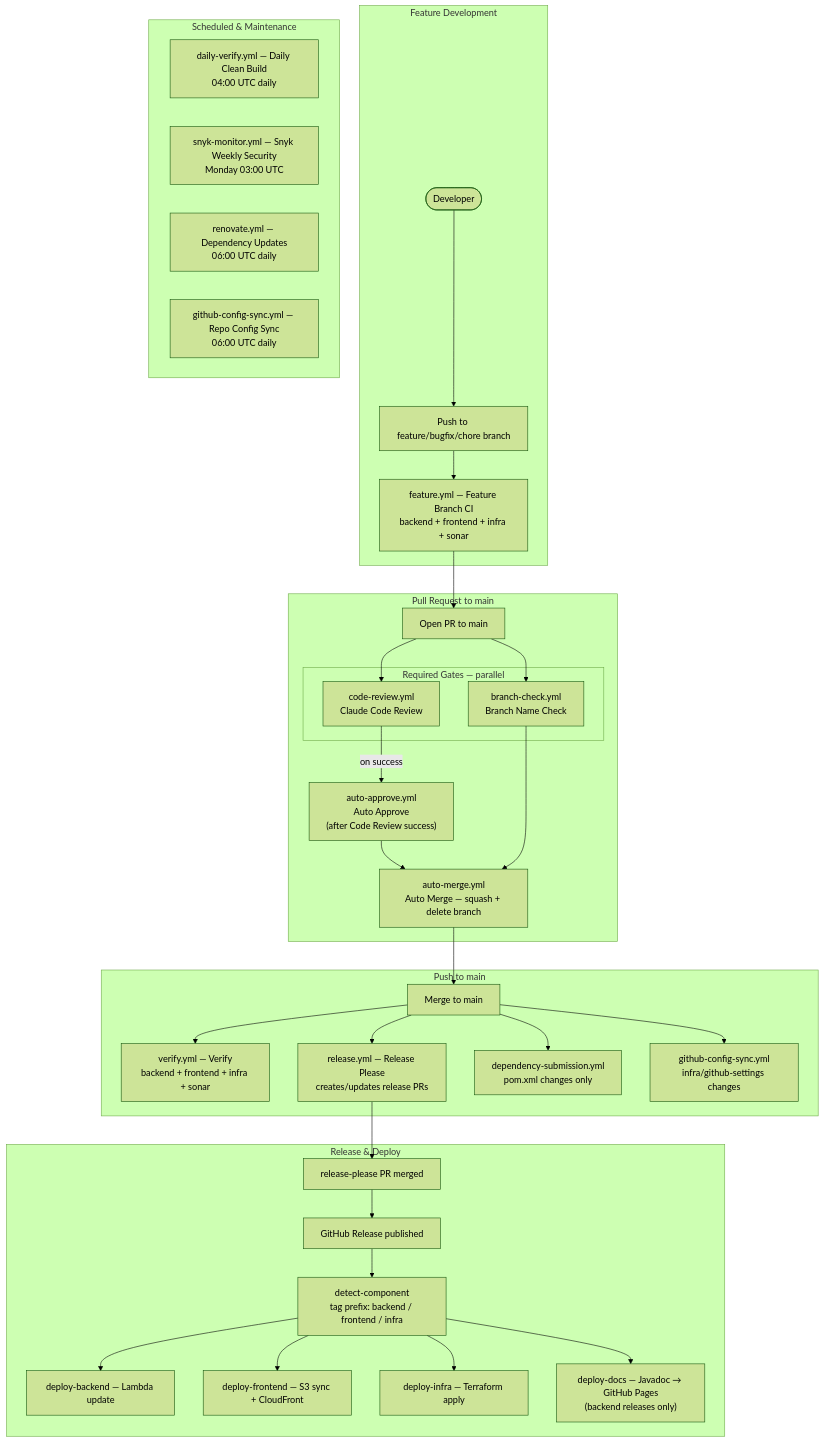
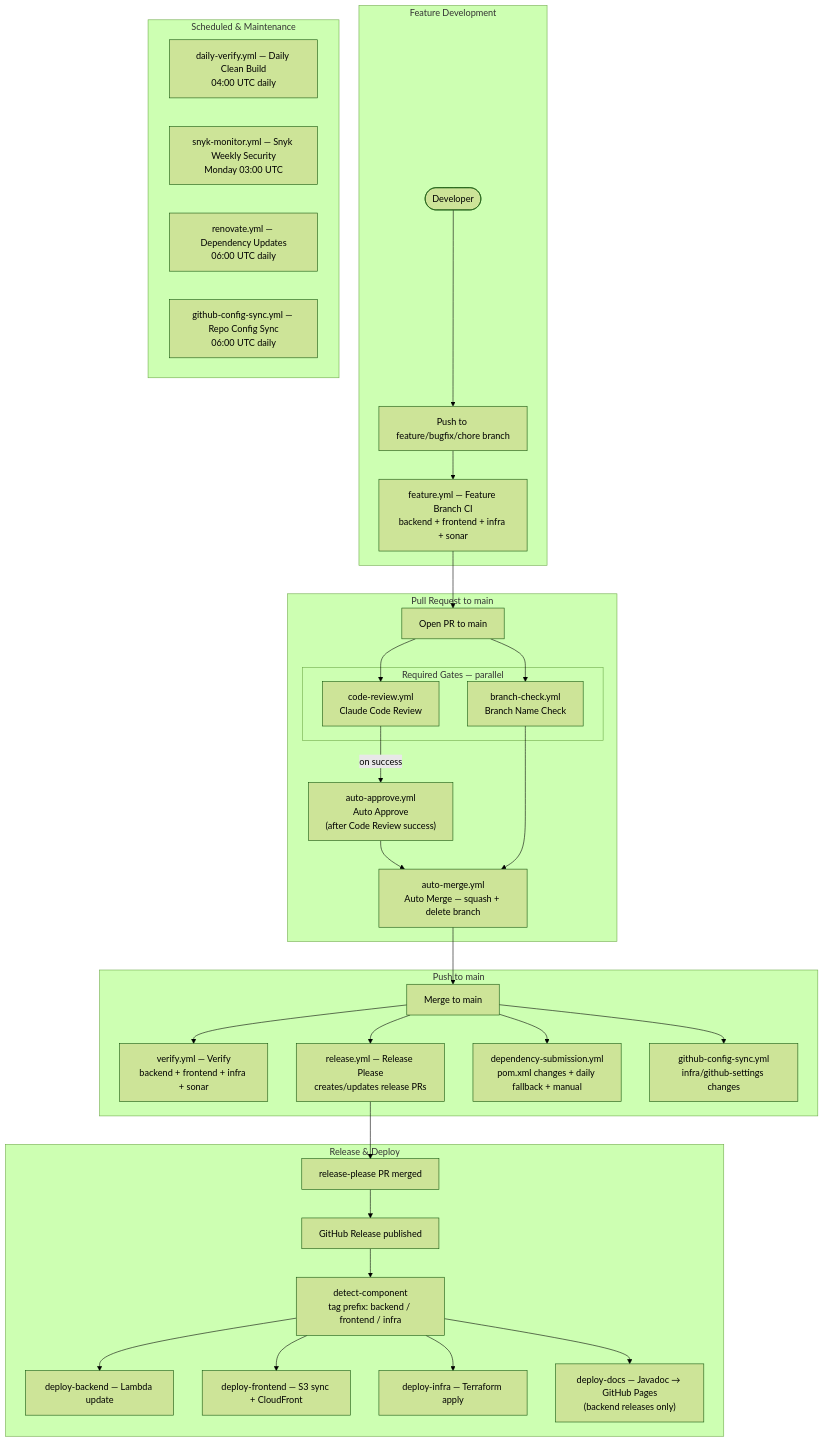
One commit to lucasrudi/mindtrack changed the diagram in docs/github-workflows.md. Above: the diagram before and after it, drawn with Mermaid (forest theme). The commit also changed other lines of this file and 2 other files, not shown here.

First line of the commit message:
ci(github): add fallback dependency submission triggers (#468)

````diff
--- a/docs/github-workflows.md
+++ b/docs/github-workflows.md
@@ -15,60 +15,60 @@
 ```mermaid
 flowchart TD
     DEV([Developer])
 
     subgraph "Feature Development"
         PUSH[Push to feature/bugfix/chore branch]
         FCI["feature.yml — Feature Branch CI\nbackend + frontend + infra + sonar"]
         DEV --> PUSH --> FCI
     end
 
     subgraph "Pull Request to main"
         PR[Open PR to main]
         FCI --> PR
 
         subgraph "Required Gates — parallel"
             BC["branch-check.yml\nBranch Name Check"]
             CR["code-review.yml\nClaude Code Review"]
         end
         PR --> BC & CR
 
         AA["auto-approve.yml\nAuto Approve\n(after Code Review success)"]
         AM["auto-merge.yml\nAuto Merge — squash + delete branch"]
 
         CR -- on success --> AA
         AA & BC --> AM
     end
 
     subgraph "Push to main"
         MAIN[Merge to main]
         AM --> MAIN
 
         VER["verify.yml — Verify\nbackend + frontend + infra + sonar"]
         REL["release.yml — Release Please\ncreates/updates release PRs"]
-        DS["dependency-submission.yml\npom.xml changes only"]
+        DS["dependency-submission.yml\npom.xml changes + daily fallback + manual"]
         GCS_PUSH["github-config-sync.yml\ninfra/github-settings changes"]
 
         MAIN --> VER & REL & DS & GCS_PUSH
     end
 
     subgraph "Release & Deploy"
         RPPR[release-please PR merged]
         RELEASE[GitHub Release published]
         REL --> RPPR --> RELEASE
 
         DC["detect-component\ntag prefix: backend / frontend / infra"]
         RELEASE --> DC
 
         DC --> DEB["deploy-backend — Lambda update"]
         DC --> DEF["deploy-frontend — S3 sync + CloudFront"]
         DC --> DEI["deploy-infra — Terraform apply"]
         DC --> DED["deploy-docs — Javadoc → GitHub Pages\n(backend releases only)"]
     end
 
     subgraph "Scheduled & Maintenance"
         S1["daily-verify.yml — Daily Clean Build\n04:00 UTC daily"]
         S2["snyk-monitor.yml — Snyk Weekly Security\nMonday 03:00 UTC"]
         S3["renovate.yml — Dependency Updates\n06:00 UTC daily"]
         S4["github-config-sync.yml — Repo Config Sync\n06:00 UTC daily"]
     end
 ```
````
